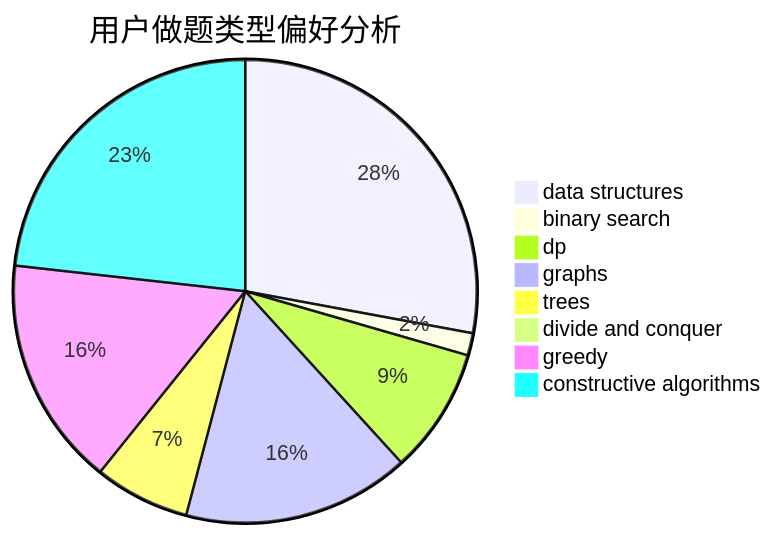
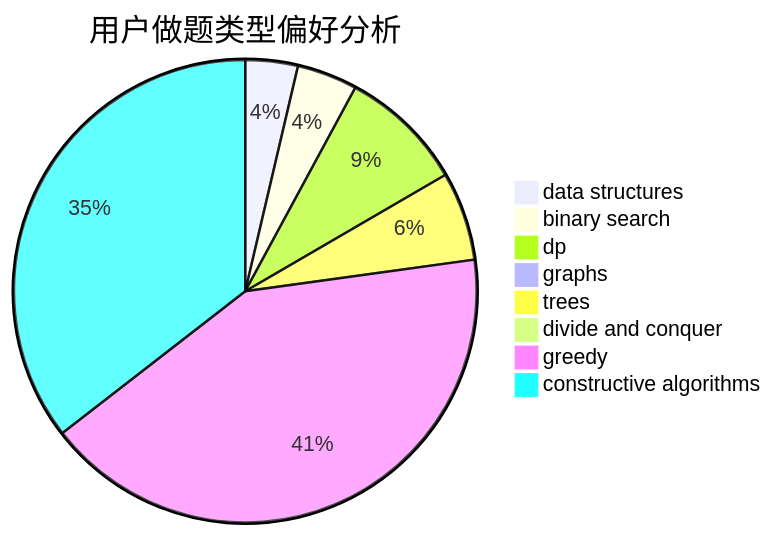
One commit to sherpahu/cfrs.github.io changed the second of 3 diagrams in docs/user/u2500.md. Above: the diagram before and after it, drawn with Mermaid. The commit also changed other lines of this file and 2770 other files, not shown here.

````diff
--- a/docs/user/u2500.md
+++ b/docs/user/u2500.md
@@ -23,11 +23,11 @@
 ```mermaid
 pie title 用户做题类型偏好分析
-    "data structures" :  197
-    "binary search" :  11
+    "data structures" :  26
+    "binary search" :  30
     "dp" :  62
-    "graphs" :  112
-    "trees" :  47
-    "divide and conquer" :  5
-    "greedy" :  113
-    "constructive algorithms" :  164
+    "graphs" :  5
+    "trees" :  44
+    "divide and conquer" :  0
+    "greedy" :  296
+    "constructive algorithms" :  252
 ```
````
